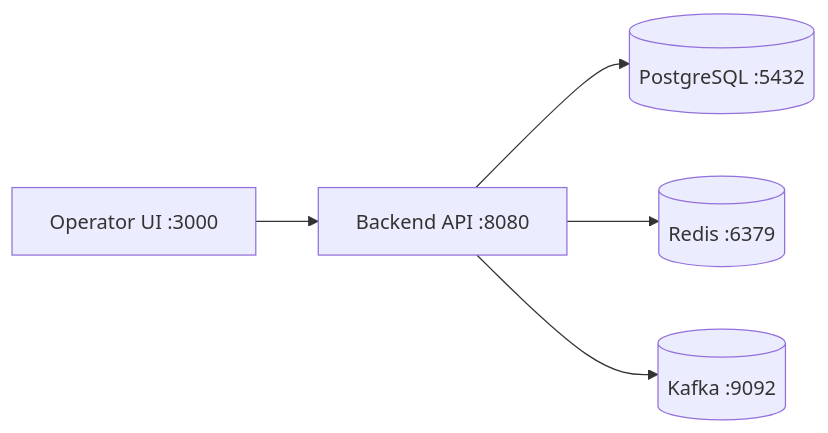
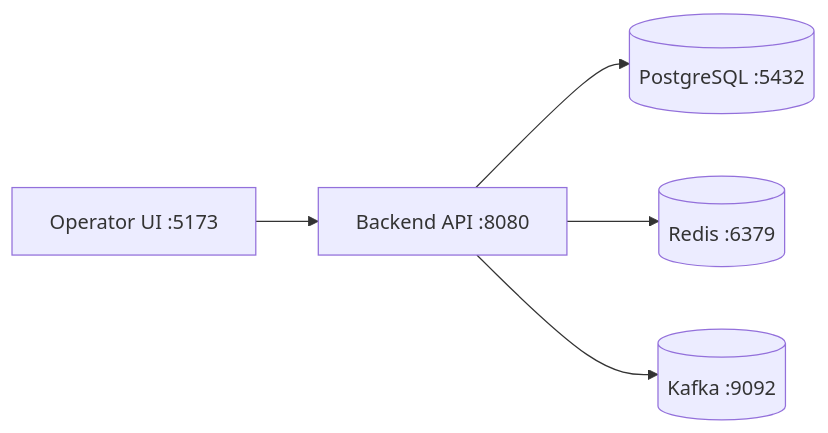
Before and after one commit to moenn1/ledgerandfraudscoring: the diagram in docs/runbook-local-demo.md, drawn with Mermaid. The commit also changed other lines of this file and 135 other files, not shown here.

````diff
--- a/docs/runbook-local-demo.md
+++ b/docs/runbook-local-demo.md
@@ -14,7 +14,7 @@
 ```mermaid
 flowchart LR
-    UI[Operator UI :3000] --> API[Backend API :8080]
+    UI[Operator UI :5173] --> API[Backend API :8080]
     API --> PG[(PostgreSQL :5432)]
     API --> Redis[(Redis :6379)]
     API --> Kafka[(Kafka :9092)]
 ```
````
